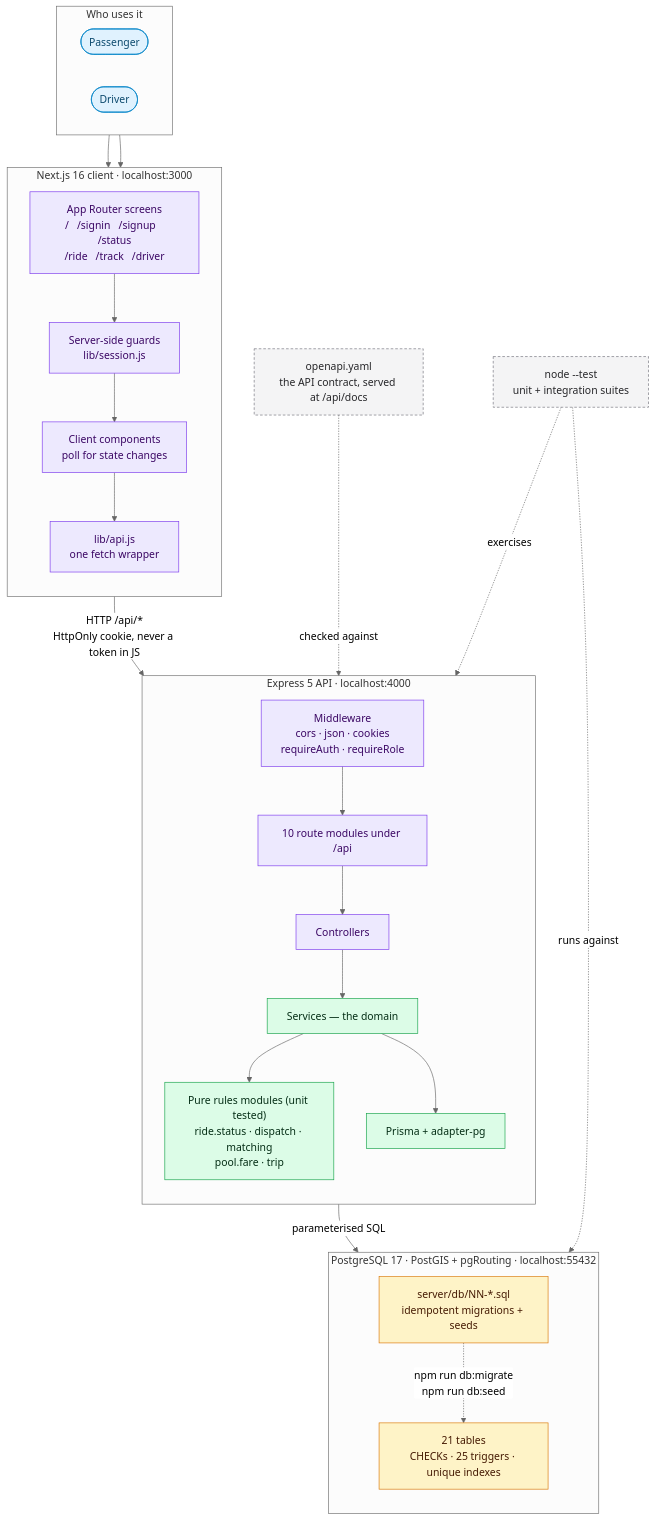
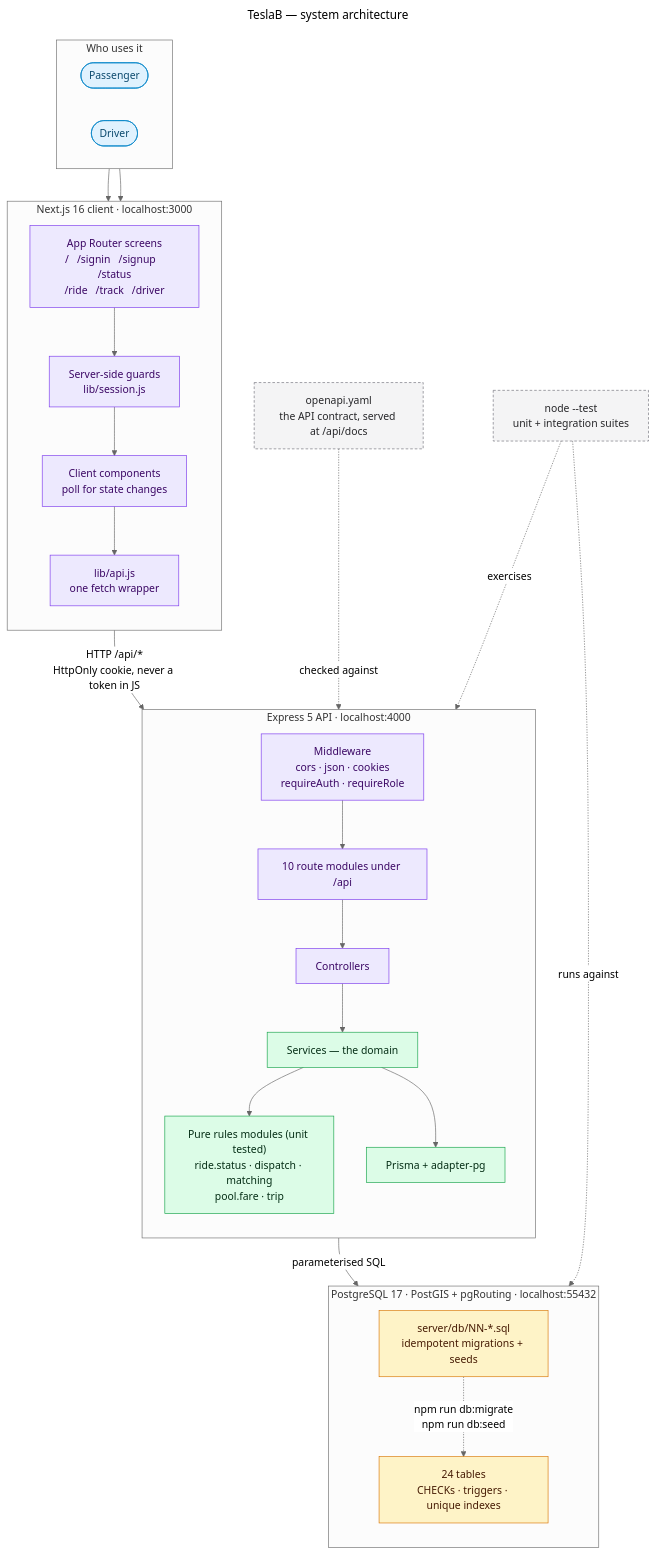
One commit to NAF1S/Oi_Tesla changed the first of 2 diagrams in README.md. Above: the diagram before and after it, drawn with Mermaid (neutral theme). The commit also changed other lines of this file and 8 other files, not shown here.

````diff
--- a/README.md
+++ b/README.md
@@ -129,64 +122,67 @@
 ```mermaid
+---
+title: TeslaB — system architecture
+---
 flowchart TB
     subgraph actors["Who uses it"]
         direction LR
         pax(["Passenger"])
         drv(["Driver"])
     end
 
-    subgraph web["Next.js 16 client &middot; localhost:3000"]
+    subgraph web["Next.js 16 client · localhost:3000"]
         direction TB
-        screens["App Router screens<br/>/ &nbsp; /signin &nbsp; /signup &nbsp; /status<br/>/ride &nbsp; /track &nbsp; /driver"]
+        screens["App Router screens<br/>/   /signin   /signup   /status<br/>/ride   /track   /driver"]
         guards["Server-side guards<br/>lib/session.js"]
         widgets["Client components<br/>poll for state changes"]
         apiClient["lib/api.js<br/>one fetch wrapper"]
     end
 
-    subgraph api["Express 5 API &middot; localhost:4000"]
+    subgraph api["Express 5 API · localhost:4000"]
         direction TB
-        middleware["Middleware<br/>cors &middot; json &middot; cookies<br/>requireAuth &middot; requireRole"]
+        middleware["Middleware<br/>cors · json · cookies<br/>requireAuth · requireRole"]
         routeMods["10 route modules under /api"]
         controllers["Controllers"]
-        services["Services &mdash; the domain"]
-        pure["Pure rules modules (unit tested)<br/>ride.status &middot; dispatch &middot; matching<br/>pool.fare &middot; trip"]
+        services["Services — the domain"]
+        pure["Pure rules modules (unit tested)<br/>ride.status · dispatch · matching<br/>pool.fare · trip"]
         orm["Prisma + adapter-pg"]
     end
 
-    subgraph data["PostgreSQL 17 &middot; PostGIS + pgRouting &middot; localhost:55432"]
+    subgraph data["PostgreSQL 17 · PostGIS + pgRouting · localhost:55432"]
         direction TB
-        tables["21 tables<br/>CHECKs &middot; 25 triggers &middot; unique indexes"]
+        tables["24 tables<br/>CHECKs · triggers · unique indexes"]
         files["server/db/NN-*.sql<br/>idempotent migrations + seeds"]
     end
 
     contract["openapi.yaml<br/>the API contract, served at /api/docs"]
     suite["node --test<br/>unit + integration suites"]
 
     pax --> screens
     drv --> screens
     screens --> guards
     guards --> widgets
     widgets --> apiClient
     apiClient -->|"HTTP /api/*<br/>HttpOnly cookie, never a token in JS"| middleware
     middleware --> routeMods
     routeMods --> controllers
     controllers --> services
     services --> pure
     services --> orm
     orm -->|"parameterised SQL"| tables
     files -.->|"npm run db:migrate<br/>npm run db:seed"| tables
     contract -.->|"checked against"| routeMods
     suite -.->|"exercises"| services
     suite -.->|"runs against"| tables
 
     classDef place fill:#e0f2fe,stroke:#0284c7,color:#0c4a6e
     classDef app fill:#ede9fe,stroke:#7c3aed,color:#3b0764
     classDef domain fill:#dcfce7,stroke:#16a34a,color:#052e16
     classDef store fill:#fef3c7,stroke:#d97706,color:#451a03
     classDef side fill:#f4f4f5,stroke:#71717a,color:#27272a,stroke-dasharray:4 3
 
     class pax,drv place
     class screens,guards,widgets,apiClient,middleware,routeMods,controllers app
     class services,pure,orm domain
     class tables,files store
     class contract,suite side
 ```
````
